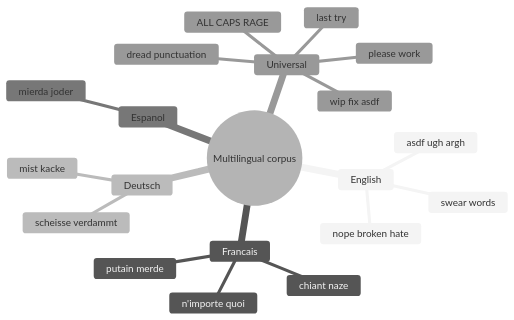
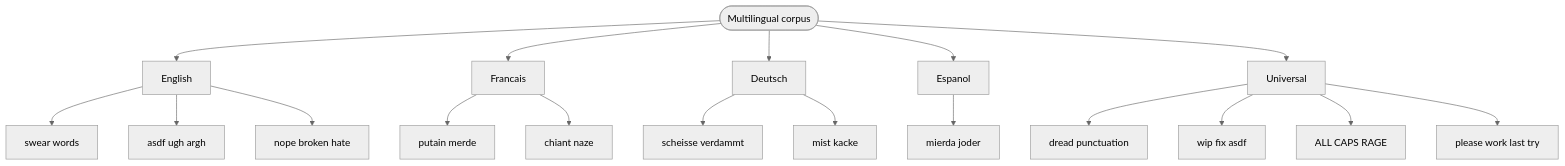
One commit to kevin-sigmoid-org/commit-mood-ring changed the third of 3 diagrams in README.md. Above: the diagram before and after it, drawn with Mermaid (neutral theme). The commit also changed other lines of this file, not shown here.

Commit message:
docs: replace mindmap by graph TB and clean pie title
GitHub Mermaid often does not load the mindmap renderer, which throws
'Cannot read properties of undefined (reading render)'. The graph renderer
is the most stable one in Mermaid and works everywhere.

Also dropped nested quotes inside the pie chart title — Mermaid parser
chokes on double quotes inside an unquoted title statement.

Kevin reminds you that the most boring tool is often the most reliable one.

````diff
--- a/README.md
+++ b/README.md
@@ -140,23 +140,21 @@
 ```mermaid
-mindmap
-  root((Multilingual corpus))
-    English
-      swear words
-      asdf ugh argh
-      nope broken hate
-    Francais
-      putain merde
-      chiant naze
-      n'importe quoi
-    Deutsch
-      scheisse verdammt
-      mist kacke
-    Espanol
-      mierda joder
-    Universal
-      dread punctuation
-      wip fix asdf
-      ALL CAPS RAGE
-      please work
-      last try
+graph TB
+    R([Multilingual corpus])
+    R --> EN[English]
+    R --> FR[Francais]
+    R --> DE[Deutsch]
+    R --> ES[Espanol]
+    R --> UNI[Universal]
+    EN --> EN1[swear words]
+    EN --> EN2[asdf ugh argh]
+    EN --> EN3[nope broken hate]
+    FR --> FR1[putain merde]
+    FR --> FR2[chiant naze]
+    DE --> DE1[scheisse verdammt]
+    DE --> DE2[mist kacke]
+    ES --> ES1[mierda joder]
+    UNI --> U1[dread punctuation]
+    UNI --> U2[wip fix asdf]
+    UNI --> U3[ALL CAPS RAGE]
+    UNI --> U4[please work last try]
 ```
````
